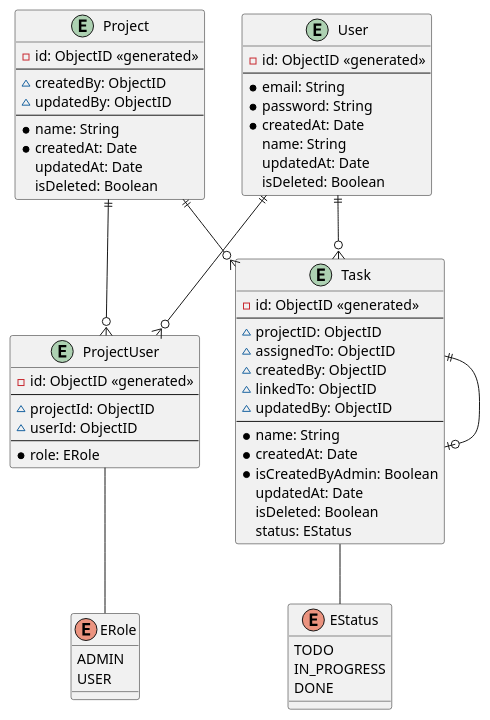
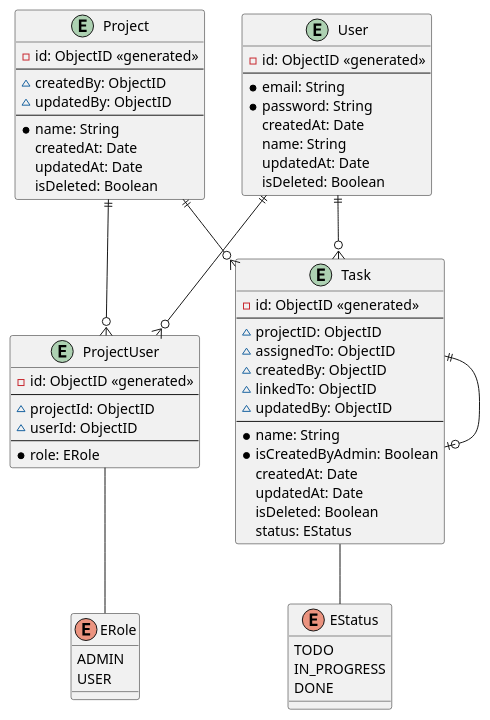
Before and after one commit to Duc-267/lb4-Todo: the diagram in arc/ERD/Todo.puml, drawn with PlantUML. The commit also changed 28 other files, not shown here.

```diff
--- a/arc/ERD/Todo.puml
+++ b/arc/ERD/Todo.puml
@@ -1,64 +1,64 @@
 @startuml SET2020
 entity Project {
   -id: ObjectID <<generated>>
   --
   ~createdBy: ObjectID
   ~updatedBy: ObjectID
   --
   *name: String
-  *createdAt: Date
+  createdAt: Date
   updatedAt: Date
   isDeleted: Boolean
 }
 entity ProjectUser {
   -id: ObjectID <<generated>>
   --
   ~projectId: ObjectID 
   ~userId: ObjectID 
   --
   *role: ERole
 }
 entity User {
   -id: ObjectID <<generated>>
   --
   *email: String
   *password: String
-  *createdAt: Date
+  createdAt: Date
   name: String
   updatedAt: Date
   isDeleted: Boolean
 }
 entity Task {
   -id: ObjectID <<generated>>
   --
   ~projectID: ObjectID
   ~assignedTo: ObjectID
   ~createdBy: ObjectID
   ~linkedTo: ObjectID
   ~updatedBy: ObjectID
   --
   *name: String
-  *createdAt: Date
   *isCreatedByAdmin: Boolean
+  createdAt: Date
   updatedAt: Date
   isDeleted: Boolean
   status: EStatus
 }
 enum ERole {
   ADMIN
   USER
 }
 enum EStatus {
     TODO
     IN_PROGRESS
     DONE
 }
 
 User ||--o{ Task
 User ||--o{ ProjectUser
 Project ||--o{ ProjectUser
 Project ||--o{ Task
 Task ||--o| Task
 ProjectUser -- ERole
 Task -- EStatus
 @enduml
```
